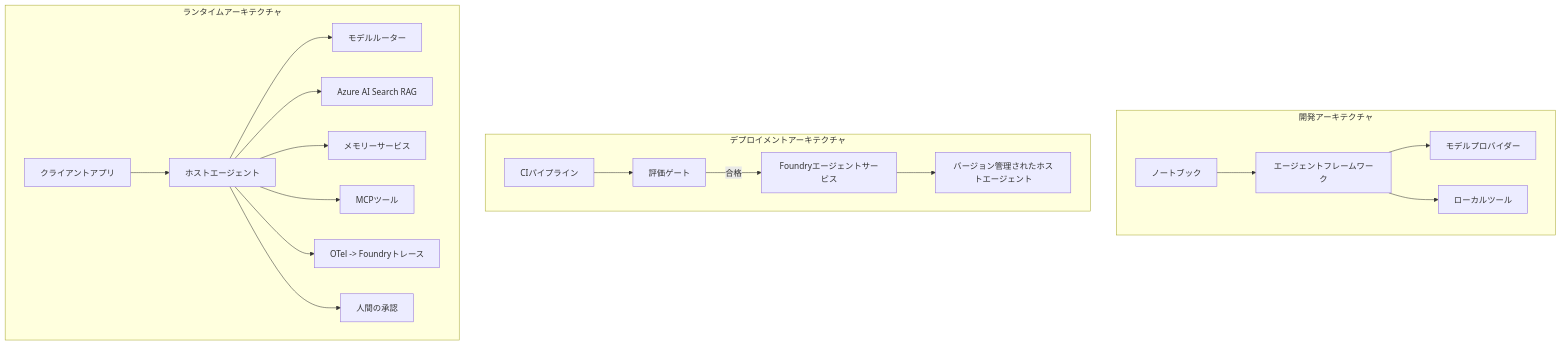
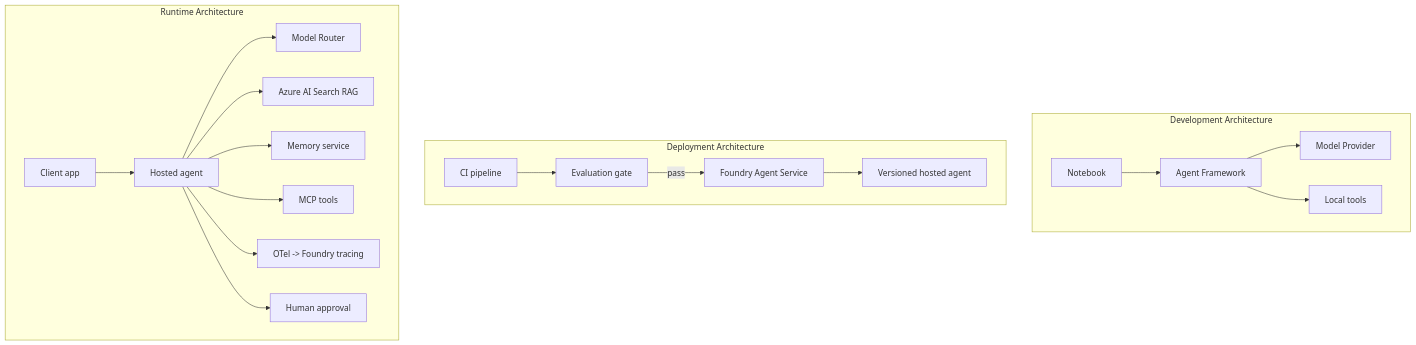
The fourth of 4 diagrams in translations/ja/16-deploying-scalable-agents/README.md (microsoft/ai-agents-for-beginners), drawn with Mermaid before and after one commit. The commit also changed other lines of this file and 50 other files, not shown here.

````diff
--- a/translations/ja/16-deploying-scalable-agents/README.md
+++ b/translations/ja/16-deploying-scalable-agents/README.md
@@ -185,22 +185,22 @@
 ```mermaid
 flowchart TB
-    subgraph Dev[開発アーキテクチャ]
-        D1[ノートブック] --> D2[エージェントフレームワーク]
-        D2 --> D3[モデルプロバイダー]
-        D2 --> D4[ローカルツール]
+    subgraph Dev[Development Architecture]
+        D1[Notebook] --> D2[Agent Framework]
+        D2 --> D3[Model Provider]
+        D2 --> D4[Local tools]
     end
-    subgraph Deploy[デプロイメントアーキテクチャ]
-        E1[CIパイプライン] --> E2[評価ゲート]
-        E2 -->|合格| E3[Foundryエージェントサービス]
-        E3 --> E4[バージョン管理されたホストエージェント]
+    subgraph Deploy[Deployment Architecture]
+        E1[CI pipeline] --> E2[Evaluation gate]
+        E2 -->|pass| E3[Foundry Agent Service]
+        E3 --> E4[Versioned hosted agent]
     end
-    subgraph Run[ランタイムアーキテクチャ]
-        F1[クライアントアプリ] --> F2[ホストエージェント]
-        F2 --> F3[モデルルーター]
+    subgraph Run[Runtime Architecture]
+        F1[Client app] --> F2[Hosted agent]
+        F2 --> F3[Model Router]
         F2 --> F4[Azure AI Search RAG]
-        F2 --> F5[メモリーサービス]
-        F2 --> F6[MCPツール]
-        F2 --> F7[OTel -> Foundryトレース]
-        F2 --> F8[人間の承認]
+        F2 --> F5[Memory service]
+        F2 --> F6[MCP tools]
+        F2 --> F7[OTel -> Foundry tracing]
+        F2 --> F8[Human approval]
     end
 ```
````
